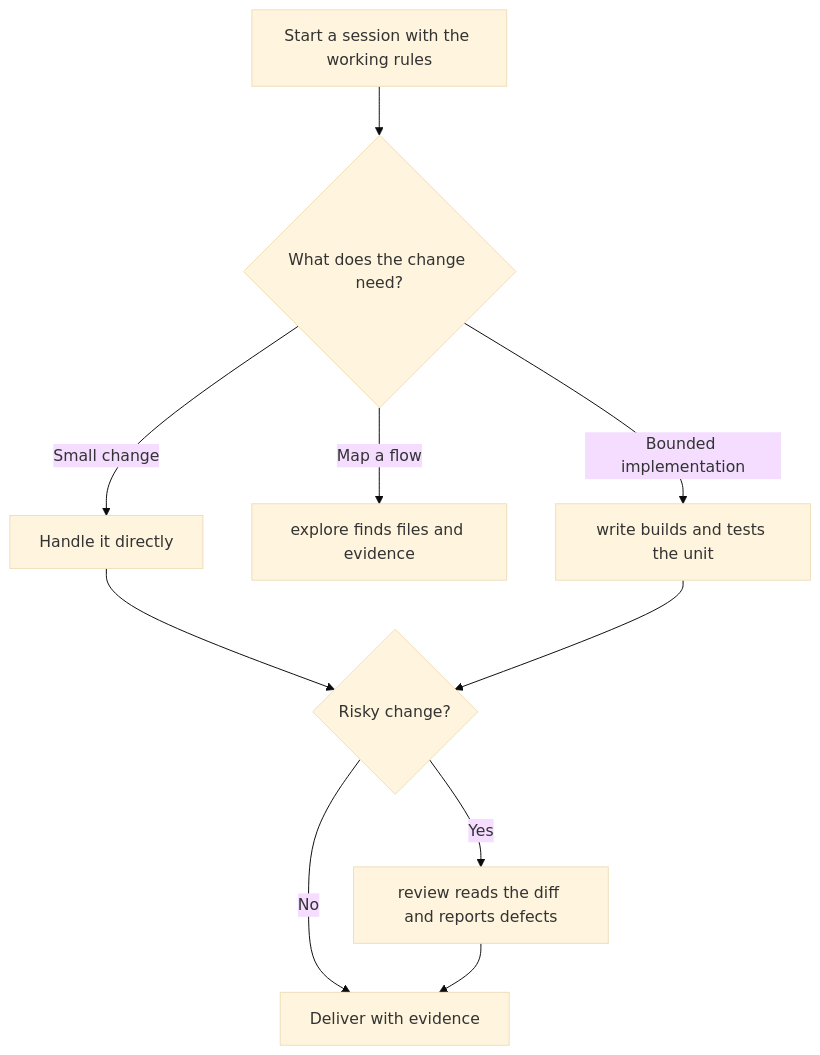
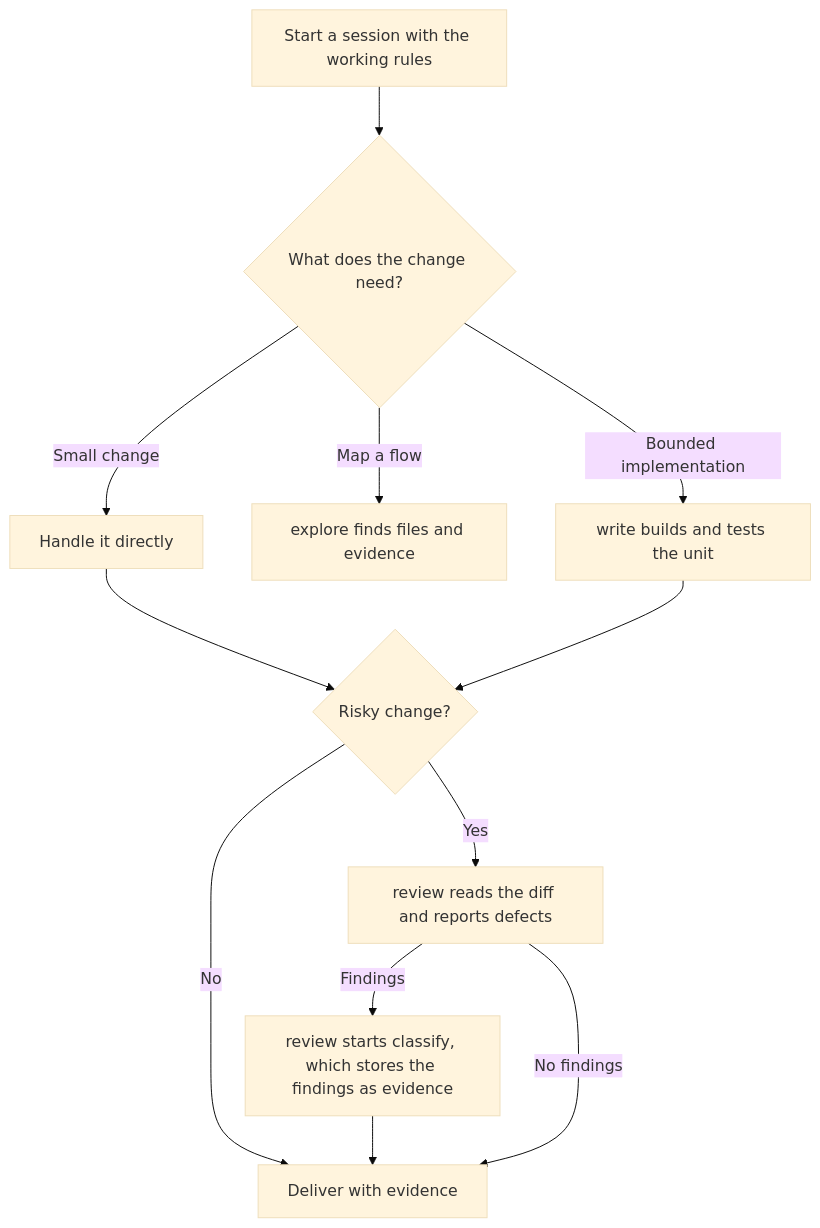
One commit to andresfrei/playbook changed the diagram in plugins/playbook-agents/README.md. Above: the diagram before and after it, drawn with Mermaid (base theme). The commit also changed other lines of this file and 11 other files, not shown here.

````diff
--- a/plugins/playbook-agents/README.md
+++ b/plugins/playbook-agents/README.md
@@ -9,12 +9,14 @@
 ```mermaid
 flowchart TD
     start["Start a session with the working rules"] --> task{"What does the change need?"}
     task -->|Small change| direct["Handle it directly"]
     task -->|Map a flow| explore["explore finds files and evidence"]
     task -->|Bounded implementation| write["write builds and tests the unit"]
     direct --> risk{"Risky change?"}
     write --> risk
     risk -->|Yes| review["review reads the diff and reports defects"]
     risk -->|No| deliver["Deliver with evidence"]
-    review --> deliver
+    review -->|Findings| classify["review starts classify, which stores the findings as evidence"]
+    classify --> deliver
+    review -->|No findings| deliver
 ```
````
